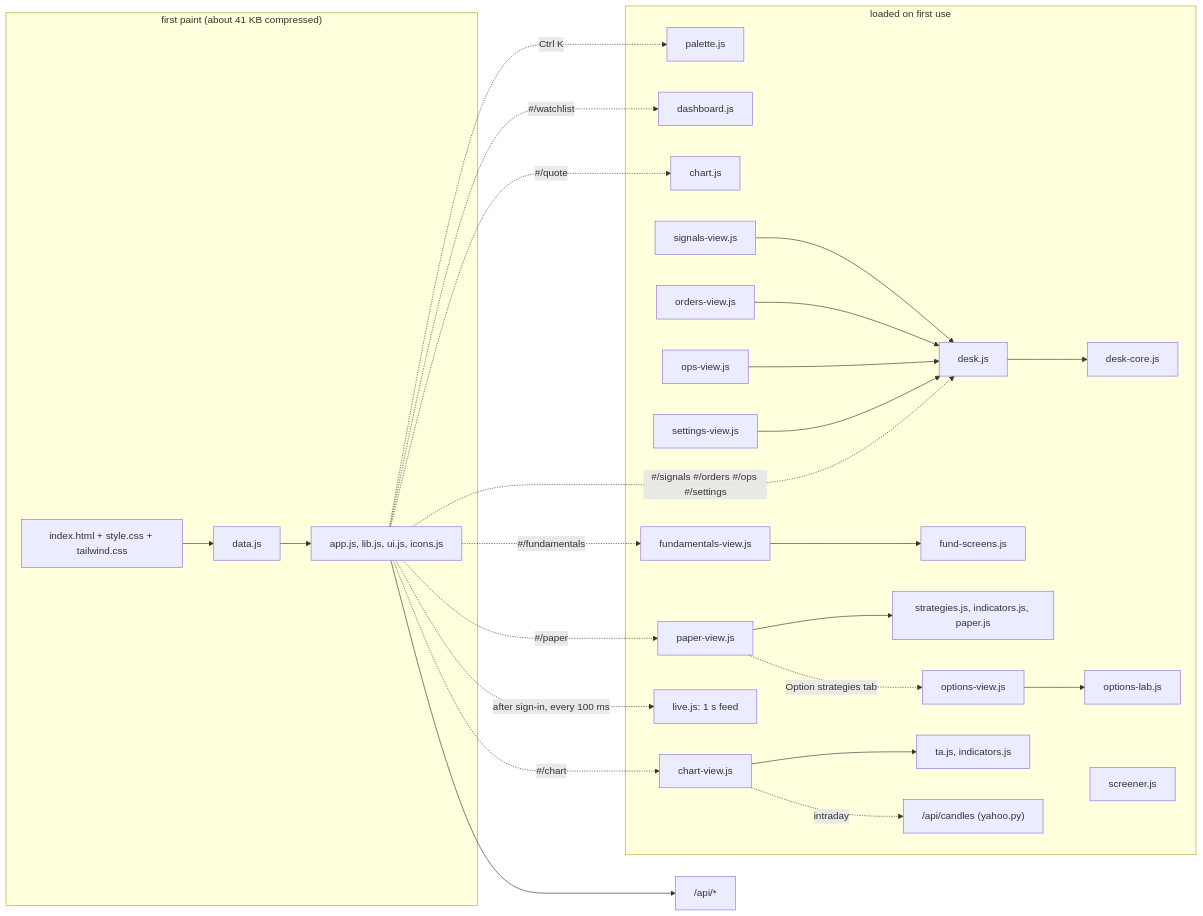
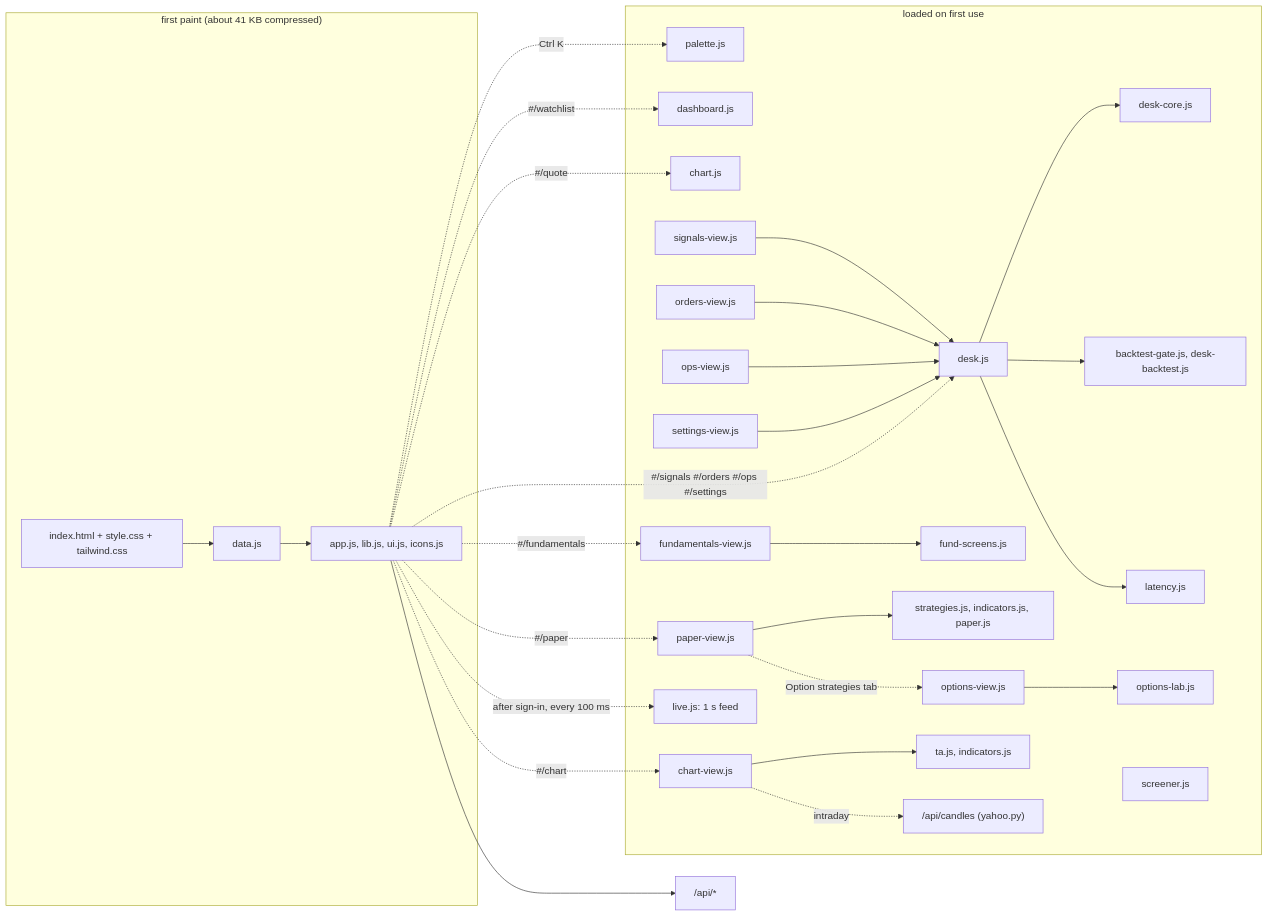
One commit to akash-8991/rea_marketwatch_app changed the third of 3 diagrams in docs/ARCHITECTURE.md. Above: the diagram before and after it, drawn with Mermaid. The commit also changed 34 other files, not shown here.

First line of the commit message:
Ten-year backtest gate before any trade, sub-millisecond decision path with a latency view, desktop app package with sign-in

````diff
--- a/docs/ARCHITECTURE.md
+++ b/docs/ARCHITECTURE.md
@@ -93,18 +93,18 @@
 ```mermaid
 flowchart LR
   subgraph Eager["first paint (about 41 KB compressed)"]
     A[index.html + style.css + tailwind.css] --> B[data.js] --> C[app.js, lib.js, ui.js, icons.js]
   end
   subgraph Lazy["loaded on first use"]
-    P[palette.js] ; D[dashboard.js] ; H[chart.js] ; Dk[desk.js] --> Dc[desk-core.js] ; Sg[signals-view.js] --> Dk ; Od[orders-view.js] --> Dk ; Op[ops-view.js] --> Dk ; St[settings-view.js] --> Dk ; Fv[fundamentals-view.js] --> Fs[fund-screens.js] ; Pp[paper-view.js] --> S[strategies.js, indicators.js, paper.js] ; Pp -. "Option strategies tab" .-> Ov[options-view.js] --> Ol[options-lab.js] ; Cv[chart-view.js] --> Ta[ta.js, indicators.js] ; Cv -. "intraday" .-> Yh["/api/candles (yahoo.py)"] ; Lv[live.js: 1 s feed] ; Sc[screener.js]
+    P[palette.js] ; D[dashboard.js] ; H[chart.js] ; Dk[desk.js] --> Dc[desk-core.js] ; Dk --> Bg[backtest-gate.js, desk-backtest.js] ; Dk --> Lt[latency.js] ; Sg[signals-view.js] --> Dk ; Od[orders-view.js] --> Dk ; Op[ops-view.js] --> Dk ; St[settings-view.js] --> Dk ; Fv[fundamentals-view.js] --> Fs[fund-screens.js] ; Pp[paper-view.js] --> S[strategies.js, indicators.js, paper.js] ; Pp -. "Option strategies tab" .-> Ov[options-view.js] --> Ol[options-lab.js] ; Cv[chart-view.js] --> Ta[ta.js, indicators.js] ; Cv -. "intraday" .-> Yh["/api/candles (yahoo.py)"] ; Lv[live.js: 1 s feed] ; Sc[screener.js]
   end
   C -. "Ctrl K" .-> P
   C -. "#/watchlist" .-> D
   C -. "#/quote" .-> H
   C -. "#/paper" .-> Pp
   C -. "#/chart" .-> Cv
   C -. "#/signals #/orders #/ops #/settings" .-> Dk
   C -. "#/fundamentals" .-> Fv
   C -. "after sign-in, every 100 ms" .-> Lv
   C --> API["/api/*"]
 ```
````
